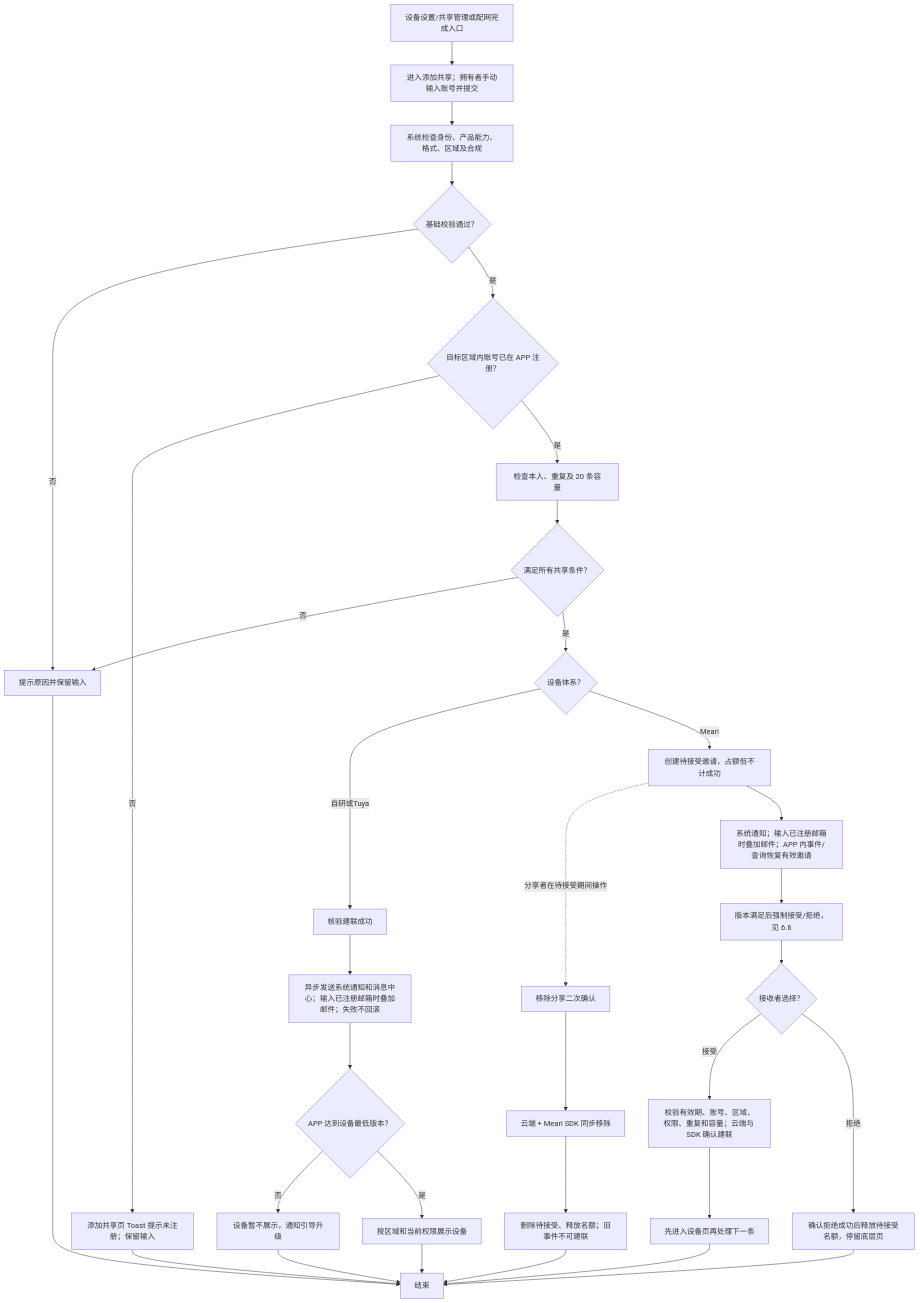
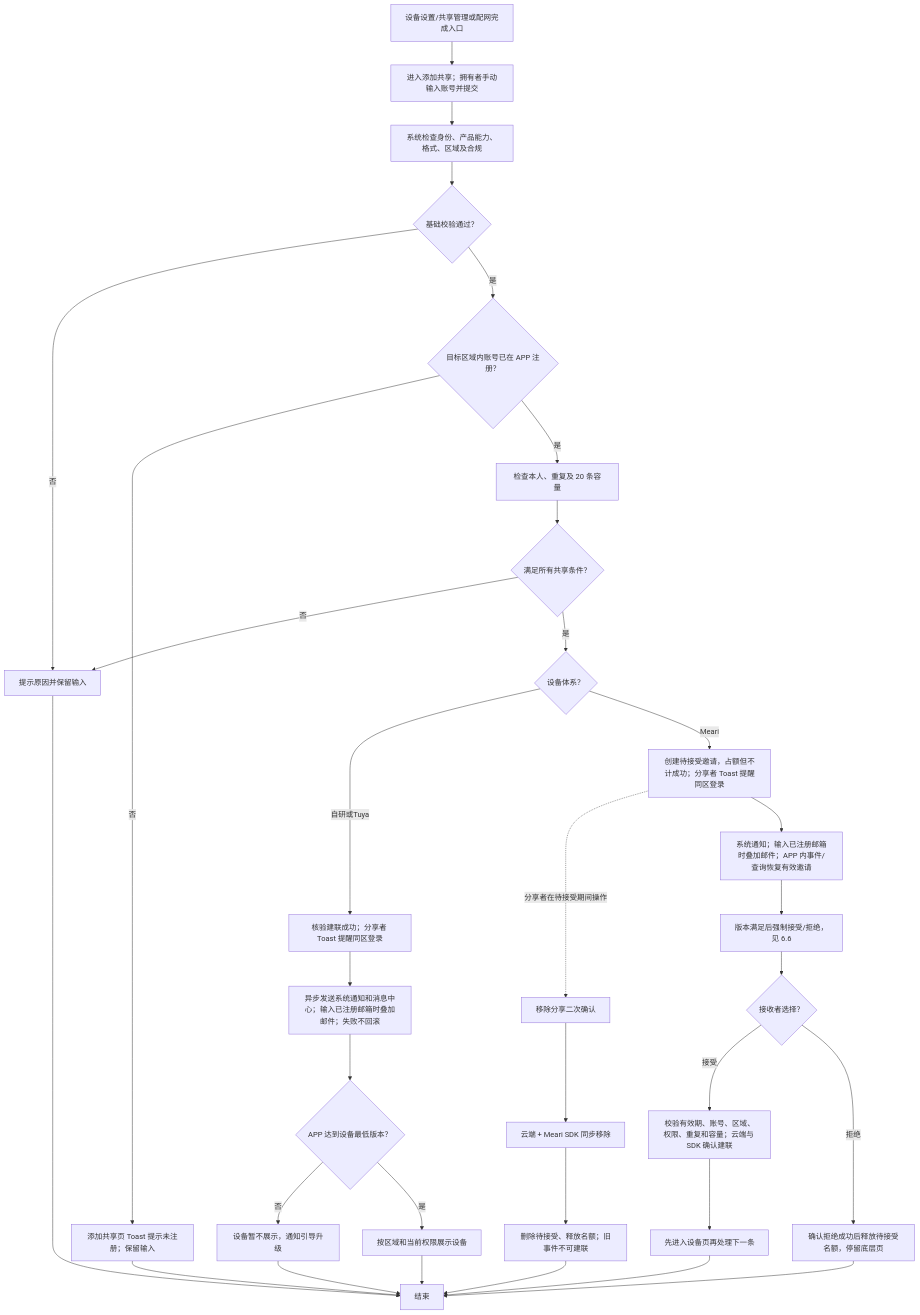
The second of 2 diagrams in prototypes/device-sharing-phase-2/prd.md (HawZZ/root-interactivable-prototype), drawn with Mermaid before and after one commit. The commit also changed other lines of this file and 5 other files, not shown here.

````diff
--- a/prototypes/device-sharing-phase-2/prd.md
+++ b/prototypes/device-sharing-phase-2/prd.md
@@ -122,35 +122,35 @@
 ```mermaid
 flowchart TD
   A["设备设置/共享管理或配网完成入口"] --> B["进入添加共享；拥有者手动输入账号并提交"]
   B --> C["系统检查身份、产品能力、格式、区域及合规"]
   C --> D{"基础校验通过？"}
   D -- 否 --> X["提示原因并保留输入"]
   D -- 是 --> E{"目标区域内账号已在 APP 注册？"}
   E -- 否 --> F["添加共享页 Toast 提示未注册；保留输入"]
   E -- 是 --> G["检查本人、重复及 20 条容量"]
   G --> H{"满足所有共享条件？"}
   H -- 否 --> X
   H -- 是 --> V{"设备体系？"}
-  V -- 自研或Tuya --> I["核验建联成功"]
-  V -- Meari --> P["创建待接受邀请，占额但不计成功"]
+  V -- 自研或Tuya --> I["核验建联成功；分享者 Toast 提醒同区登录"]
+  V -- Meari --> P["创建待接受邀请，占额但不计成功；分享者 Toast 提醒同区登录"]
   P -. "分享者在待接受期间操作" .-> PR["移除分享二次确认"]
   PR --> PS["云端 + Meari SDK 同步移除"]
   PS --> PX["删除待接受、释放名额；旧事件不可建联"]
   PX --> Z
   P --> Q["系统通知；输入已注册邮箱时叠加邮件；APP 内事件/查询恢复有效邀请"]
   Q --> R["版本满足后强制接受/拒绝，见 6.6"]
   R --> T{"接收者选择？"}
   T -- 接受 --> U["校验有效期、账号、区域、权限、重复和容量；云端与 SDK 确认建联"]
   U --> N["先进入设备页再处理下一条"]
   N --> Z
   T -- 拒绝 --> W["确认拒绝成功后释放待接受名额，停留底层页"]
   W --> Z
   I --> J["异步发送系统通知和消息中心；输入已注册邮箱时叠加邮件；失败不回滚"]
   J --> K{"APP 达到设备最低版本？"}
   K -- 否 --> L["设备暂不展示，通知引导升级"]
   K -- 是 --> M["按区域和当前权限展示设备"]
   L --> Z["结束"]
   M --> Z
   X --> Z
   F --> Z
 ```
````
